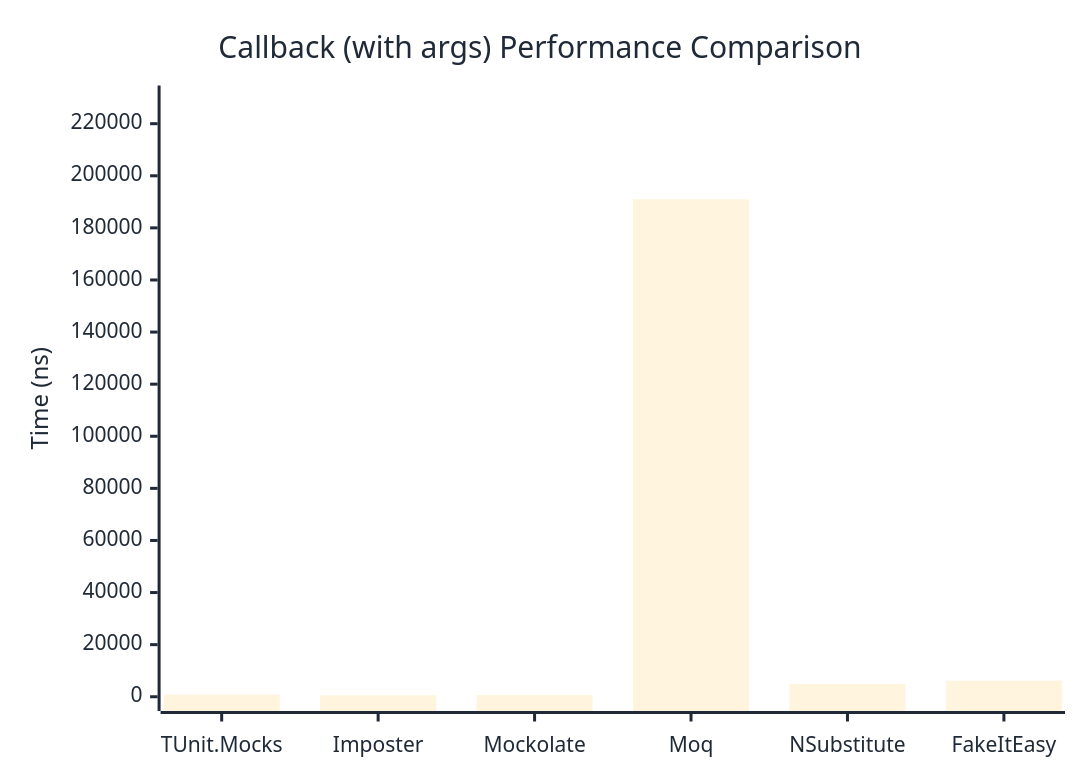
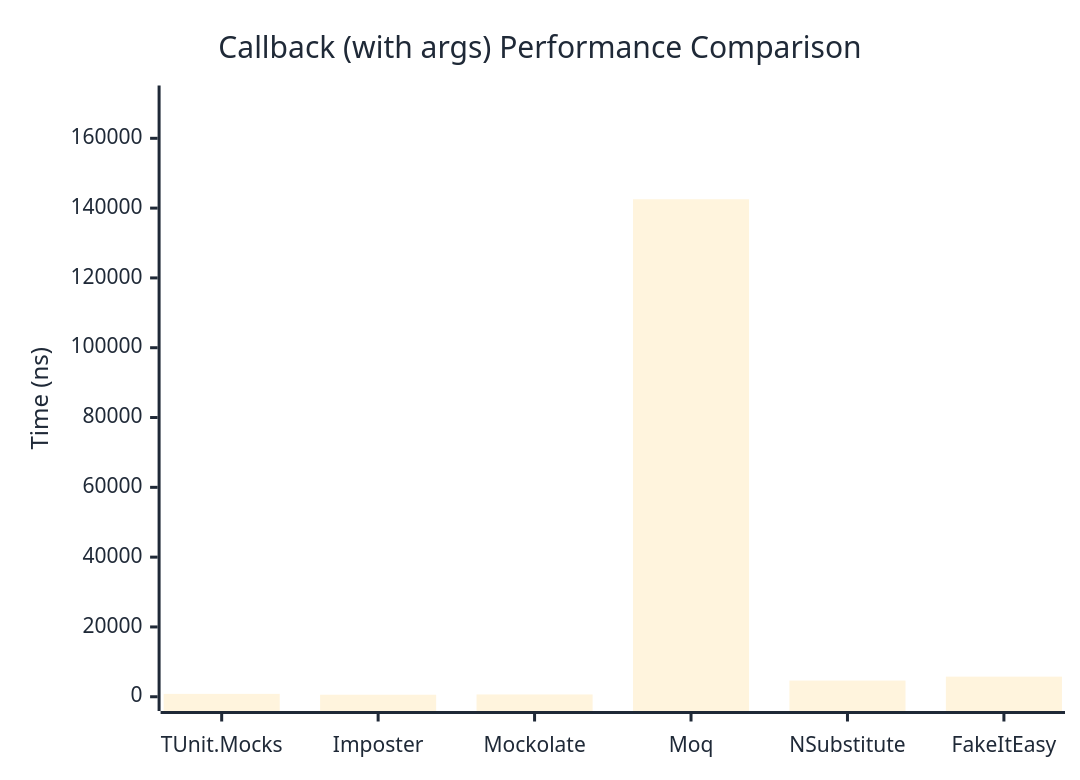
One commit to thomhurst/TUnit changed the second of 2 diagrams in docs/docs/benchmarks/mocks/Callback.md. Above: the diagram before and after it, drawn with Mermaid. The commit also changed other lines of this file and 14 other files, not shown here.

````diff
--- a/docs/docs/benchmarks/mocks/Callback.md
+++ b/docs/docs/benchmarks/mocks/Callback.md
@@ -69,27 +69,27 @@
 ```mermaid
 %%{init: {
   'theme':'base',
   'themeVariables': {
     'primaryColor': '#2563eb',
     'primaryTextColor': '#1f2937',
     'primaryBorderColor': '#1e40af',
     'lineColor': '#6b7280',
     'secondaryColor': '#7c3aed',
     'tertiaryColor': '#dc2626',
     'background': '#ffffff',
     'pie1': '#2563eb',
     'pie2': '#7c3aed',
     'pie3': '#dc2626',
     'pie4': '#f59e0b',
     'pie5': '#10b981',
     'pie6': '#06b6d4',
     'pie7': '#ec4899',
     'pie8': '#6366f1'
   }
 }}%%
 xychart-beta
   title "Callback (with args) Performance Comparison"
   x-axis ["TUnit.Mocks", "Imposter", "Mockolate", "Moq", "NSubstitute", "FakeItEasy"]
-  y-axis "Time (ns)" 0 --> 229189
-  bar [830.1, 536.3, 646.7, 190990.8, 4895.8, 6148.9]
+  y-axis "Time (ns)" 0 --> 171047
+  bar [827.5, 577.5, 659.4, 142538.6, 4639, 5757.7]
 ```
````
